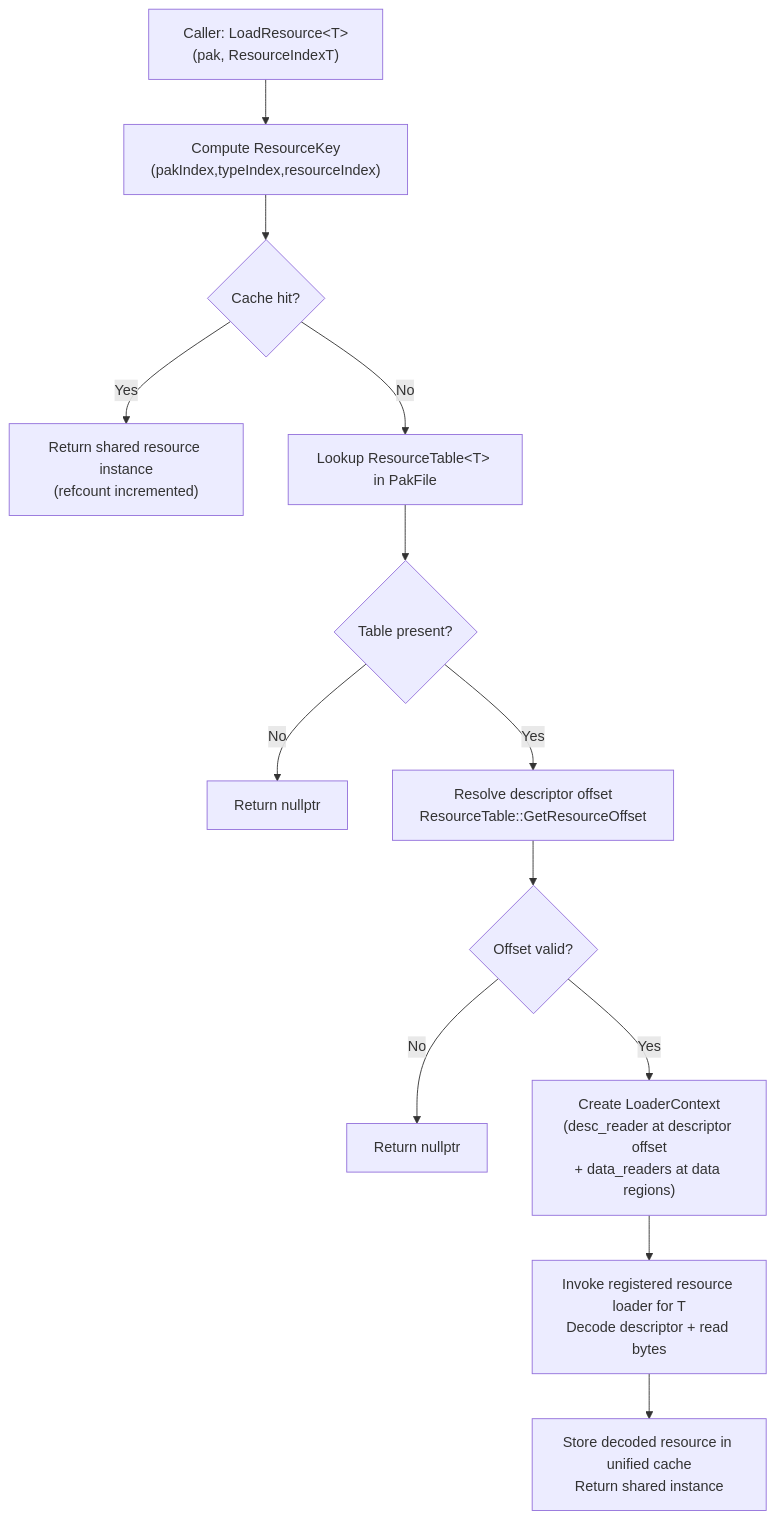
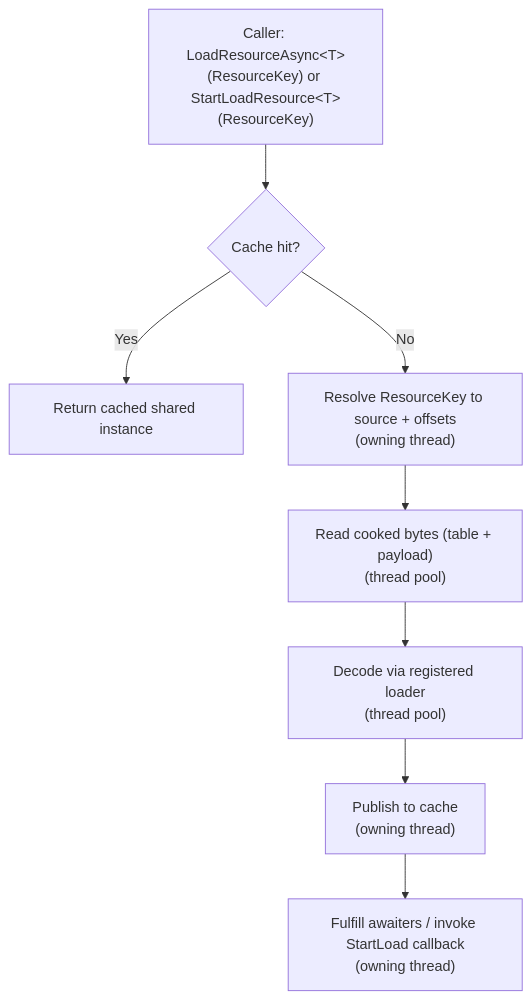
One commit to abdes/DroidNet changed the second of 4 diagrams in projects/Oxygen.Engine/src/Oxygen/Content/Docs/overview.md. Above: the diagram before and after it, drawn with Mermaid. The commit also changed other lines of this file and 7 other files, not shown here.

First line of the commit message:
docs(content): update for shipped async loader and loose cooked

````diff
--- a/projects/Oxygen.Engine/src/Oxygen/Content/Docs/overview.md
+++ b/projects/Oxygen.Engine/src/Oxygen/Content/Docs/overview.md
@@ -134,15 +195,10 @@
 ```mermaid
 flowchart TD
-  A["Caller: LoadResource&lt;T&gt;(pak, ResourceIndexT)"] --> B["Compute ResourceKey<br/>(pakIndex,typeIndex,resourceIndex)"]
-  B --> C{"Cache hit?"}
-  C -- Yes --> D["Return shared resource instance<br/>(refcount incremented)"]
-  C -- No --> E["Lookup ResourceTable&lt;T&gt; in PakFile"]
-  E --> F{"Table present?"}
-  F -- No --> G["Return nullptr"]
-  F -- Yes --> H["Resolve descriptor offset<br/>ResourceTable::GetResourceOffset"]
-  H --> I{"Offset valid?"}
-  I -- No --> J["Return nullptr"]
-  I -- Yes --> K["Create LoaderContext<br/>(desc_reader at descriptor offset<br/>+ data_readers at data regions)"]
-  K --> L["Invoke registered resource loader for T<br/>Decode descriptor + read bytes"]
-  L --> M["Store decoded resource in unified cache<br/>Return shared instance"]
+  A["Caller: LoadResourceAsync&lt;T&gt;(ResourceKey) or StartLoadResource&lt;T&gt;(ResourceKey)"] --> B{"Cache hit?"}
+  B -- Yes --> C["Return cached shared instance"]
+  B -- No --> D["Resolve ResourceKey to source + offsets<br/>(owning thread)"]
+  D --> E["Read cooked bytes (table + payload)<br/>(thread pool)"]
+  E --> F["Decode via registered loader<br/>(thread pool)"]
+  F --> G["Publish to cache<br/>(owning thread)"]
+  G --> H["Fulfill awaiters / invoke StartLoad callback<br/>(owning thread)"]
 ```
````
